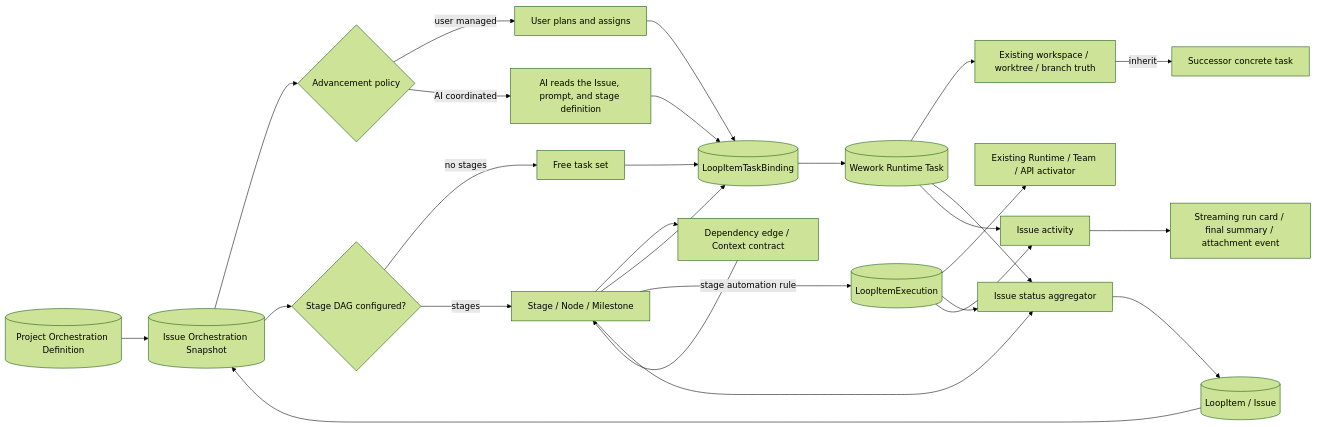
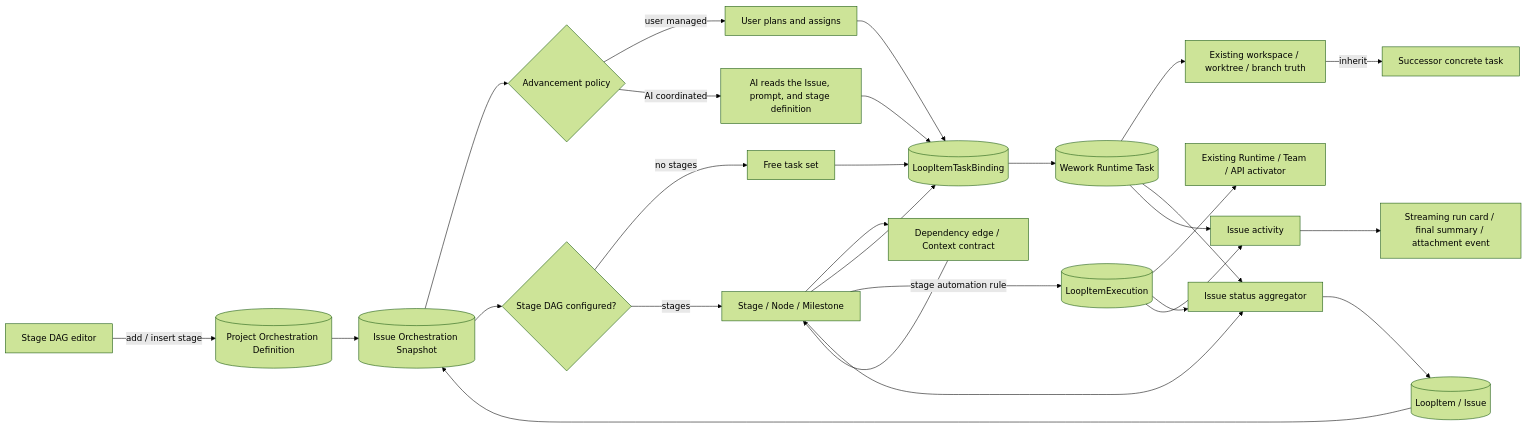
The first of 2 diagrams in docs/en/architecture/issue-task-workflow.md (wecode-ai/Wegent), drawn with Mermaid (forest theme) before and after one commit. The commit also changed other lines of this file and 8 other files, not shown here.

````diff
--- a/docs/en/architecture/issue-task-workflow.md
+++ b/docs/en/architecture/issue-task-workflow.md
@@ -9,29 +9,30 @@
 ```mermaid
 flowchart LR
-    TEMPLATE[(Project Orchestration Definition)] --> SNAPSHOT[(Issue Orchestration Snapshot)]
+    EDITOR[Stage DAG editor] -->|add / insert stage| TEMPLATE[(Project Orchestration Definition)]
+    TEMPLATE --> SNAPSHOT[(Issue Orchestration Snapshot)]
     ISSUE[(LoopItem / Issue)] --> SNAPSHOT
     SNAPSHOT --> MODE{Advancement policy}
     MODE -->|user managed| HUMAN[User plans and assigns]
     MODE -->|AI coordinated| AI[AI reads the Issue, prompt, and stage definition]
     SNAPSHOT --> GRAPH{Stage DAG configured?}
     GRAPH -->|no stages| FREE[Free task set]
     GRAPH -->|stages| STAGE[Stage / Node / Milestone]
     STAGE --> EDGE[Dependency edge / Context contract]
     EDGE --> STAGE
     HUMAN --> BINDING[(LoopItemTaskBinding)]
     AI --> BINDING
     FREE --> BINDING
     STAGE --> BINDING
     BINDING --> TASK[(Wework Runtime Task)]
     STAGE -->|stage automation rule| EXEC[(LoopItemExecution)]
     EXEC --> RUNTIME[Existing Runtime / Team / API activator]
     TASK --> WORKSPACE[Existing workspace / worktree / branch truth]
     WORKSPACE -->|inherit| NEXT[Successor concrete task]
     TASK --> AGGREGATE[Issue status aggregator]
     EXEC --> AGGREGATE
     STAGE --> AGGREGATE
     AGGREGATE --> ISSUE
     TASK --> ACTIVITY[Issue activity]
     EXEC --> ACTIVITY
     ACTIVITY --> STREAM[Streaming run card / final summary / attachment event]
 ```
````
